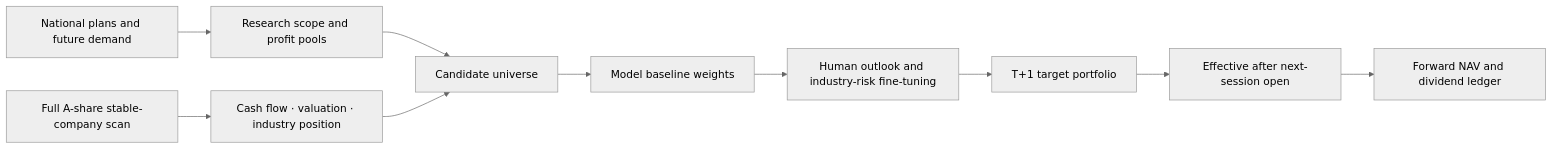
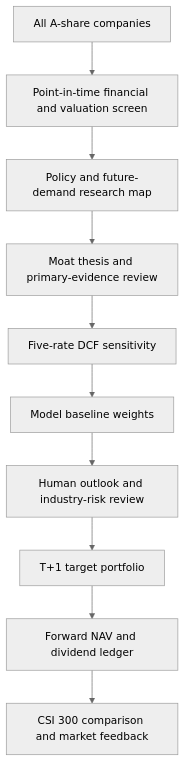
Before and after one commit to MIngQian04/a-share-moat-value-strategy: the third of 3 diagrams in README.md, drawn with Mermaid (neutral theme). The commit also changed other lines of this file and 3 other files, not shown here.

````diff
--- a/README.md
+++ b/README.md
@@ -27,12 +161,12 @@
 ```mermaid
-flowchart LR
-    A[National plans and future demand] --> B[Research scope and profit pools]
-    C[Full A-share stable-company scan] --> D[Cash flow · valuation · industry position]
-    B --> E[Candidate universe]
-    D --> E
+flowchart TD
+    A[All A-share companies] --> B[Point-in-time financial and valuation screen]
+    B --> C[Policy and future-demand research map]
+    C --> D[Moat thesis and primary-evidence review]
+    D --> E[Five-rate DCF sensitivity]
     E --> F[Model baseline weights]
-    F --> G[Human outlook and industry-risk fine-tuning]
+    F --> G[Human outlook and industry-risk review]
     G --> H[T+1 target portfolio]
-    H --> I[Effective after next-session open]
-    I --> J[Forward NAV and dividend ledger]
+    H --> I[Forward NAV and dividend ledger]
+    I --> J[CSI 300 comparison and market feedback]
 ```
````
